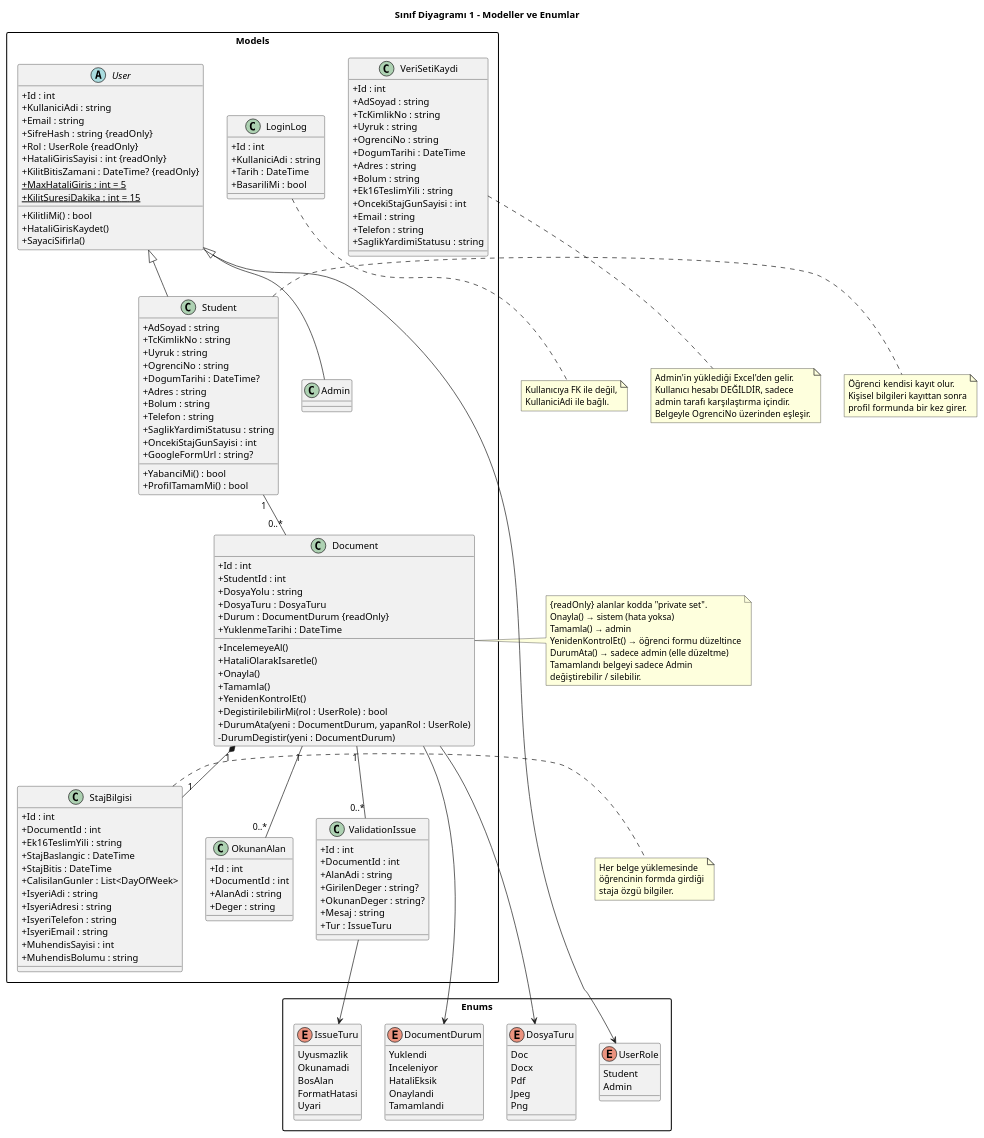
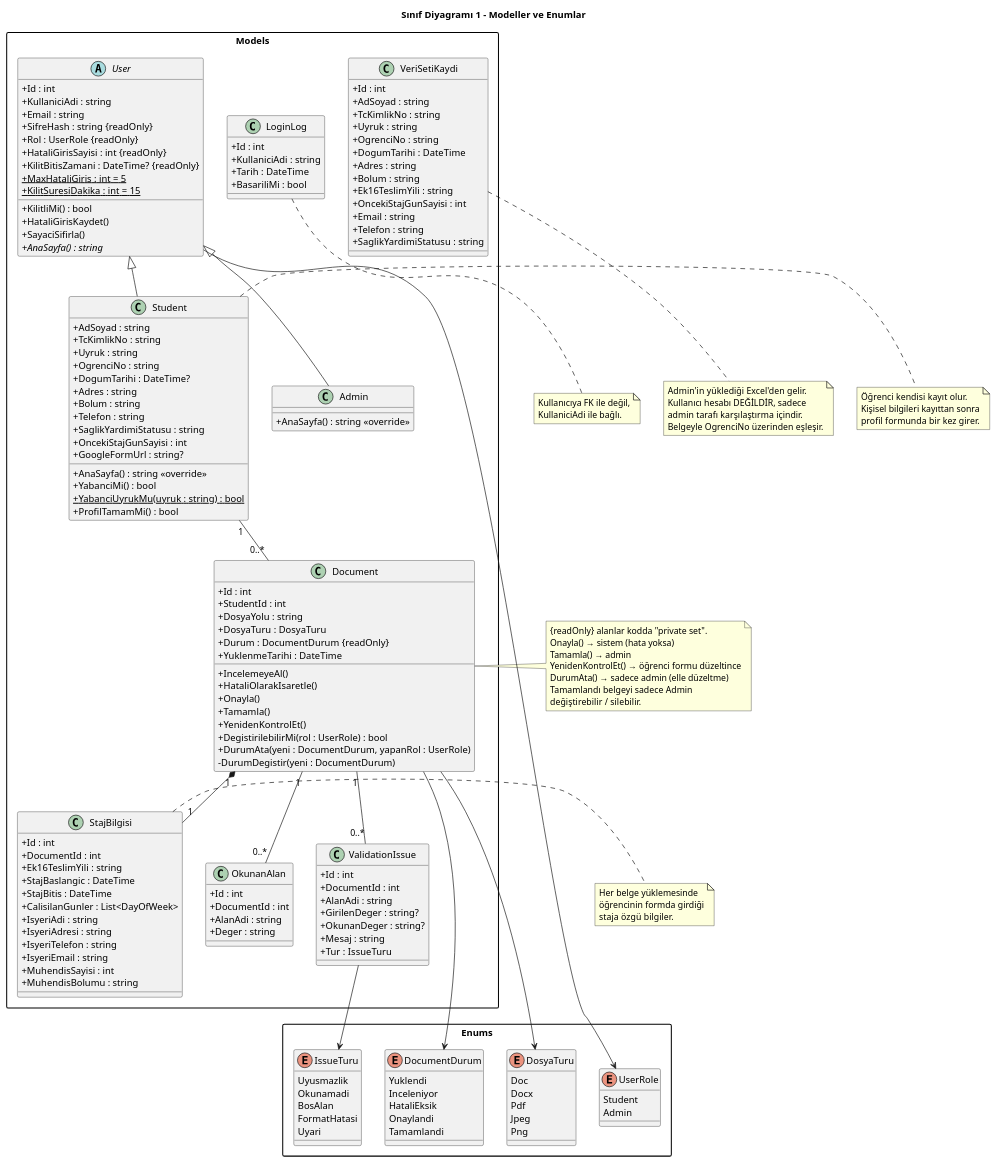
The diagram in Diyagramlar/sinif-1-modeller.puml (asticfant/Staj-Evrak-Sistemi), drawn with PlantUML before and after one commit. The commit also changed 23 other files, not shown here.

```diff
--- a/Diyagramlar/sinif-1-modeller.puml
+++ b/Diyagramlar/sinif-1-modeller.puml
@@ -1,187 +1,192 @@
 @startuml sinif-1-modeller
 title Sınıf Diyagramı 1 – Modeller ve Enumlar
 skinparam classAttributeIconSize 0
 skinparam packageStyle rectangle
 
 package "Enums" {
   enum UserRole {
     Student
     Admin
   }
   enum DocumentDurum {
     Yuklendi
     Inceleniyor
     HataliEksik
     Onaylandi
     Tamamlandi
   }
   enum DosyaTuru {
     Doc
     Docx
     Pdf
     Jpeg
     Png
   }
   enum IssueTuru {
     Uyusmazlik
     Okunamadi
     BosAlan
     FormatHatasi
     Uyari
   }
 }
 
 package "Models" {
   abstract class User {
     + Id : int
     + KullaniciAdi : string
     + Email : string
     + SifreHash : string {readOnly}
     + Rol : UserRole {readOnly}
     + HataliGirisSayisi : int {readOnly}
     + KilitBitisZamani : DateTime? {readOnly}
     + {static} MaxHataliGiris : int = 5
     + {static} KilitSuresiDakika : int = 15
     + KilitliMi() : bool
     + HataliGirisKaydet()
     + SayaciSifirla()
+    + {abstract} AnaSayfa() : string
   }
 
   class Student {
     + AdSoyad : string
     + TcKimlikNo : string
     + Uyruk : string
     + OgrenciNo : string
     + DogumTarihi : DateTime?
     + Adres : string
     + Bolum : string
     + Telefon : string
     + SaglikYardimiStatusu : string
     + OncekiStajGunSayisi : int
     + GoogleFormUrl : string?
+    + AnaSayfa() : string <<override>>
     + YabanciMi() : bool
+    + {static} YabanciUyrukMu(uyruk : string) : bool
     + ProfilTamamMi() : bool
   }
 
-  class Admin
+  class Admin {
+    + AnaSayfa() : string <<override>>
+  }
 
   class Document {
     + Id : int
     + StudentId : int
     + DosyaYolu : string
     + DosyaTuru : DosyaTuru
     + Durum : DocumentDurum {readOnly}
     + YuklenmeTarihi : DateTime
     + IncelemeyeAl()
     + HataliOlarakIsaretle()
     + Onayla()
     + Tamamla()
     + YenidenKontrolEt()
     + DegistirilebilirMi(rol : UserRole) : bool
     + DurumAta(yeni : DocumentDurum, yapanRol : UserRole)
     - DurumDegistir(yeni : DocumentDurum)
   }
 
   class StajBilgisi {
     + Id : int
     + DocumentId : int
     + Ek16TeslimYili : string
     + StajBaslangic : DateTime
     + StajBitis : DateTime
     + CalisilanGunler : List<DayOfWeek>
     + IsyeriAdi : string
     + IsyeriAdresi : string
     + IsyeriTelefon : string
     + IsyeriEmail : string
     + MuhendisSayisi : int
     + MuhendisBolumu : string
   }
 
   class OkunanAlan {
     + Id : int
     + DocumentId : int
     + AlanAdi : string
     + Deger : string
   }
 
   class ValidationIssue {
     + Id : int
     + DocumentId : int
     + AlanAdi : string
     + GirilenDeger : string?
     + OkunanDeger : string?
     + Mesaj : string
     + Tur : IssueTuru
   }
 
   class LoginLog {
     + Id : int
     + KullaniciAdi : string
     + Tarih : DateTime
     + BasariliMi : bool
   }
 
   class VeriSetiKaydi {
     + Id : int
     + AdSoyad : string
     + TcKimlikNo : string
     + Uyruk : string
     + OgrenciNo : string
     + DogumTarihi : DateTime
     + Adres : string
     + Bolum : string
     + Ek16TeslimYili : string
     + OncekiStajGunSayisi : int
     + Email : string
     + Telefon : string
     + SaglikYardimiStatusu : string
   }
 }
 
 User <|-- Student
 User <|-- Admin
 
 User --> UserRole
 Document --> DocumentDurum
 Document --> DosyaTuru
 ValidationIssue --> IssueTuru
 
 Student "1" -- "0..*" Document
 Document "1" *-- "1" StajBilgisi
 Document "1" -- "0..*" OkunanAlan
 Document "1" -- "0..*" ValidationIssue
 
 note right of Student
   Öğrenci kendisi kayıt olur.
   Kişisel bilgileri kayıttan sonra
   profil formunda bir kez girer.
 end note
 
 note right of StajBilgisi
   Her belge yüklemesinde
   öğrencinin formda girdiği
   staja özgü bilgiler.
 end note
 
 note right of Document
   {readOnly} alanlar kodda "private set".
   Onayla() → sistem (hata yoksa)
   Tamamla() → admin
   YenidenKontrolEt() → öğrenci formu düzeltince
   DurumAta() → sadece admin (elle düzeltme)
   Tamamlandı belgeyi sadece Admin
   değiştirebilir / silebilir.
 end note
 
 note bottom of VeriSetiKaydi
   Admin'in yüklediği Excel'den gelir.
   Kullanıcı hesabı DEĞİLDİR, sadece
   admin tarafı karşılaştırma içindir.
   Belgeyle OgrenciNo üzerinden eşleşir.
 end note
 
 note bottom of LoginLog
   Kullanıcıya FK ile değil,
   KullaniciAdi ile bağlı.
 end note
 @enduml
```
